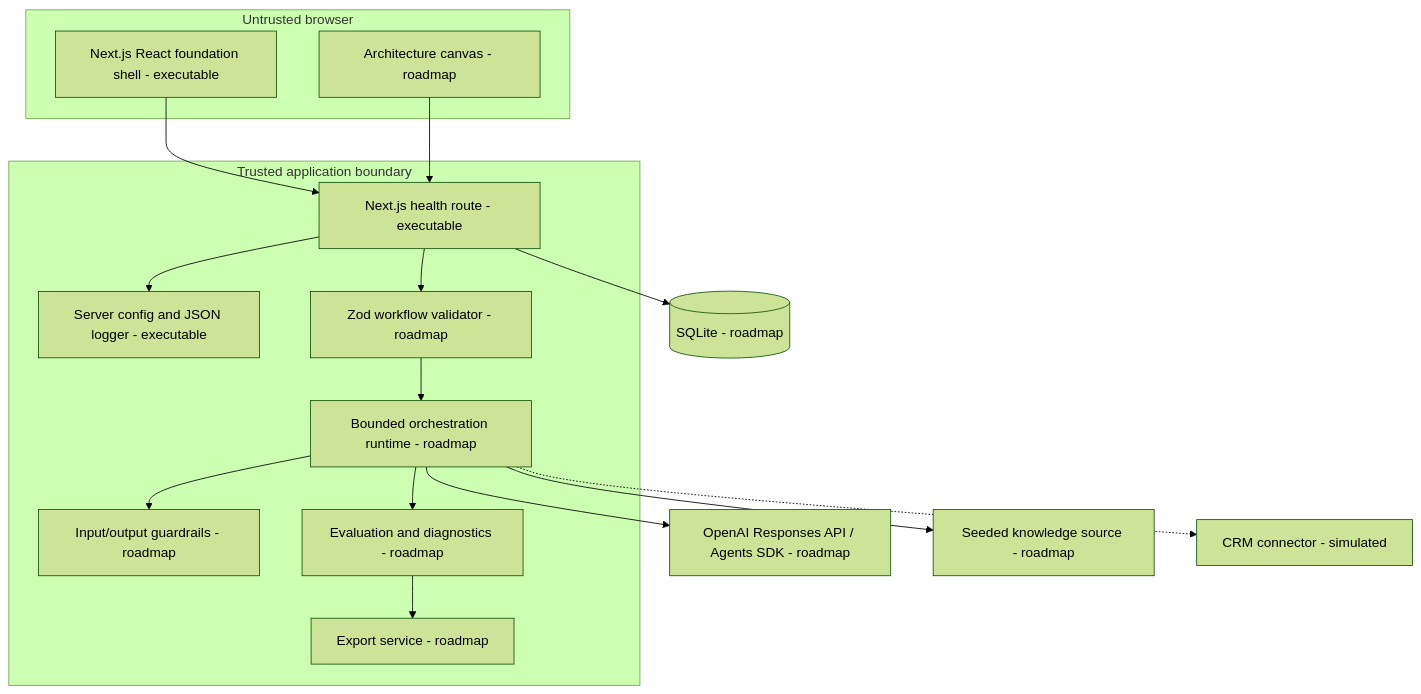
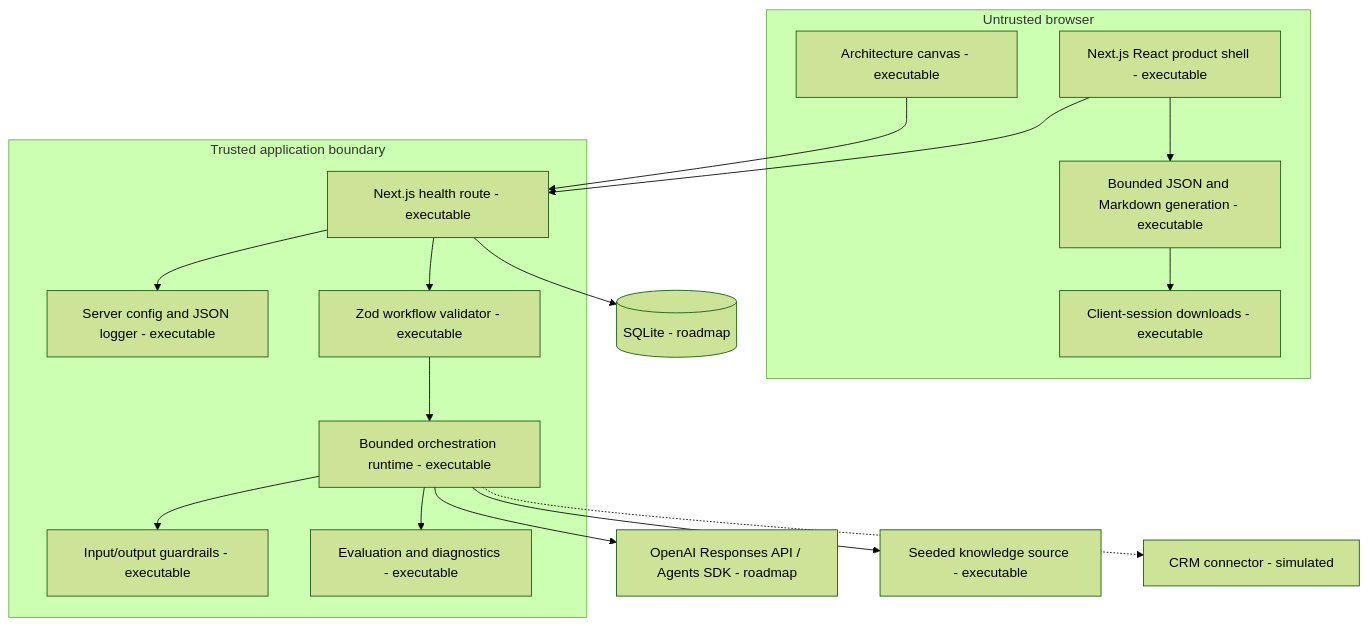
One commit to PeterNguyen47/AI-Orchestra changed the diagram in docs/architecture/CONTAINER_ARCHITECTURE.md. Above: the diagram before and after it, drawn with Mermaid (forest theme). The commit also changed other lines of this file and 29 other files, not shown here.

First line of the commit message:
AO-009: Implement architecture and assurance exports (#23)

````diff
--- a/docs/architecture/CONTAINER_ARCHITECTURE.md
+++ b/docs/architecture/CONTAINER_ARCHITECTURE.md
@@ -5,31 +5,33 @@
 ```mermaid
 flowchart TB
     subgraph Browser["Untrusted browser"]
-      UI["Next.js React foundation shell - executable"]
-      Canvas["Architecture canvas - roadmap"]
+      UI["Next.js React product shell - executable"]
+      Canvas["Architecture canvas - executable"]
+      BrowserExport["Bounded JSON and Markdown generation - executable"]
+      Artifacts["Client-session downloads - executable"]
     end
     subgraph Server["Trusted application boundary"]
       API["Next.js health route - executable"]
       Foundation["Server config and JSON logger - executable"]
-      Validator["Zod workflow validator - roadmap"]
-      Runtime["Bounded orchestration runtime - roadmap"]
-      Guardrails["Input/output guardrails - roadmap"]
-      Eval["Evaluation and diagnostics - roadmap"]
-      Export["Export service - roadmap"]
+      Validator["Zod workflow validator - executable"]
+      Runtime["Bounded orchestration runtime - executable"]
+      Guardrails["Input/output guardrails - executable"]
+      Eval["Evaluation and diagnostics - executable"]
     end
     DB[("SQLite - roadmap")]
     OA["OpenAI Responses API / Agents SDK - roadmap"]
-    Docs["Seeded knowledge source - roadmap"]
+    Docs["Seeded knowledge source - executable"]
     CRM["CRM connector - simulated"]
 
     UI --> API
     API --> Foundation
     Canvas --> API
     API --> Validator --> Runtime
     Runtime --> Guardrails
     Runtime --> Docs
     Runtime --> OA
     Runtime -.-> CRM
-    Runtime --> Eval --> Export
+    Runtime --> Eval
+    UI --> BrowserExport --> Artifacts
     API --> DB
 ```
````
